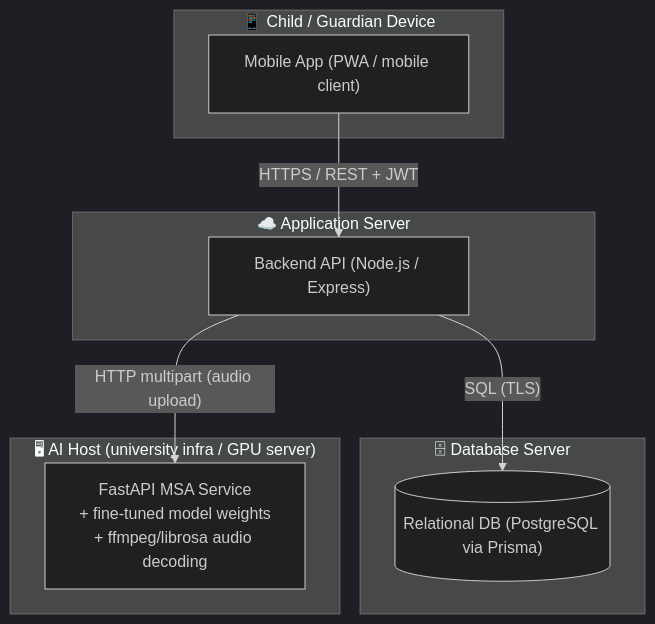
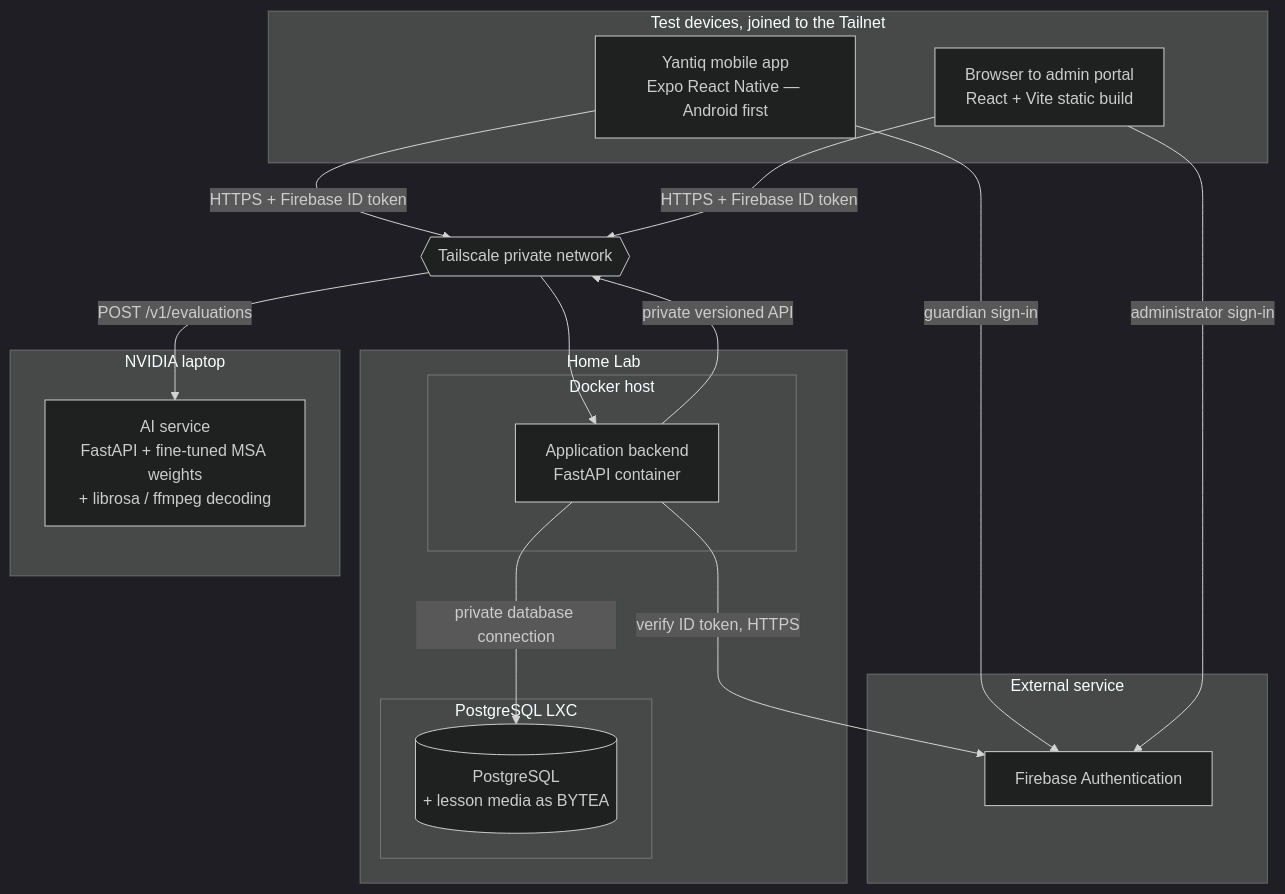
Before and after one commit to MohamedMaged9258/Yantiq: the third of 20 diagrams in docs/architecture/diagrams.md, drawn with Mermaid (dark theme). The commit also changed other lines of this file, not shown here.

First line of the commit message:
docs: rewrite architecture diagrams against the Phase 0 baseline

````diff
--- a/docs/architecture/diagrams.md
+++ b/docs/architecture/diagrams.md
@@ -121,22 +184,36 @@
 ```mermaid
 flowchart TB
-    subgraph Device["📱 Child / Guardian Device"]
-        MAPP["Mobile App (PWA / mobile client)"]
+    subgraph Devices["Test devices, joined to the Tailnet"]
+        MAPP["Yantiq mobile app<br/>Expo React Native — Android first"]
+        BROW["Browser to admin portal<br/>React + Vite static build"]
     end
 
-    subgraph AppServer["☁️ Application Server"]
-        BE["Backend API (Node.js / Express)"]
+    subgraph Cloud["External service"]
+        FBAUTH["Firebase Authentication"]
     end
 
-    subgraph DBServer["🗄 Database Server"]
-        RDB[("Relational DB (PostgreSQL via Prisma)")]
+    subgraph HomeLab["Home Lab"]
+        subgraph Docker["Docker host"]
+            BE["Application backend<br/>FastAPI container"]
+        end
+        subgraph LXC["PostgreSQL LXC"]
+            RDB[("PostgreSQL<br/>+ lesson media as BYTEA")]
+        end
     end
 
-    subgraph AIHost["🖥 AI Host (university infra / GPU server)"]
-        AISRV["FastAPI MSA Service<br/>+ fine-tuned model weights<br/>+ ffmpeg/librosa audio decoding"]
+    subgraph AIHost["NVIDIA laptop"]
+        AISRV["AI service<br/>FastAPI + fine-tuned MSA weights<br/>+ librosa / ffmpeg decoding"]
     end
 
-    MAPP -- "HTTPS / REST + JWT" --> BE
-    BE -- "SQL (TLS)" --> RDB
-    BE -- "HTTP multipart (audio upload)" --> AISRV
+    TS{{"Tailscale private network"}}
+
+    MAPP -- "guardian sign-in" --> FBAUTH
+    BROW -- "administrator sign-in" --> FBAUTH
+    MAPP -- "HTTPS + Firebase ID token" --> TS
+    BROW -- "HTTPS + Firebase ID token" --> TS
+    TS --> BE
+    BE -- "verify ID token, HTTPS" --> FBAUTH
+    BE -- "private database connection" --> RDB
+    BE -- "private versioned API" --> TS
+    TS -- "POST /v1/evaluations" --> AISRV
 ```
````
